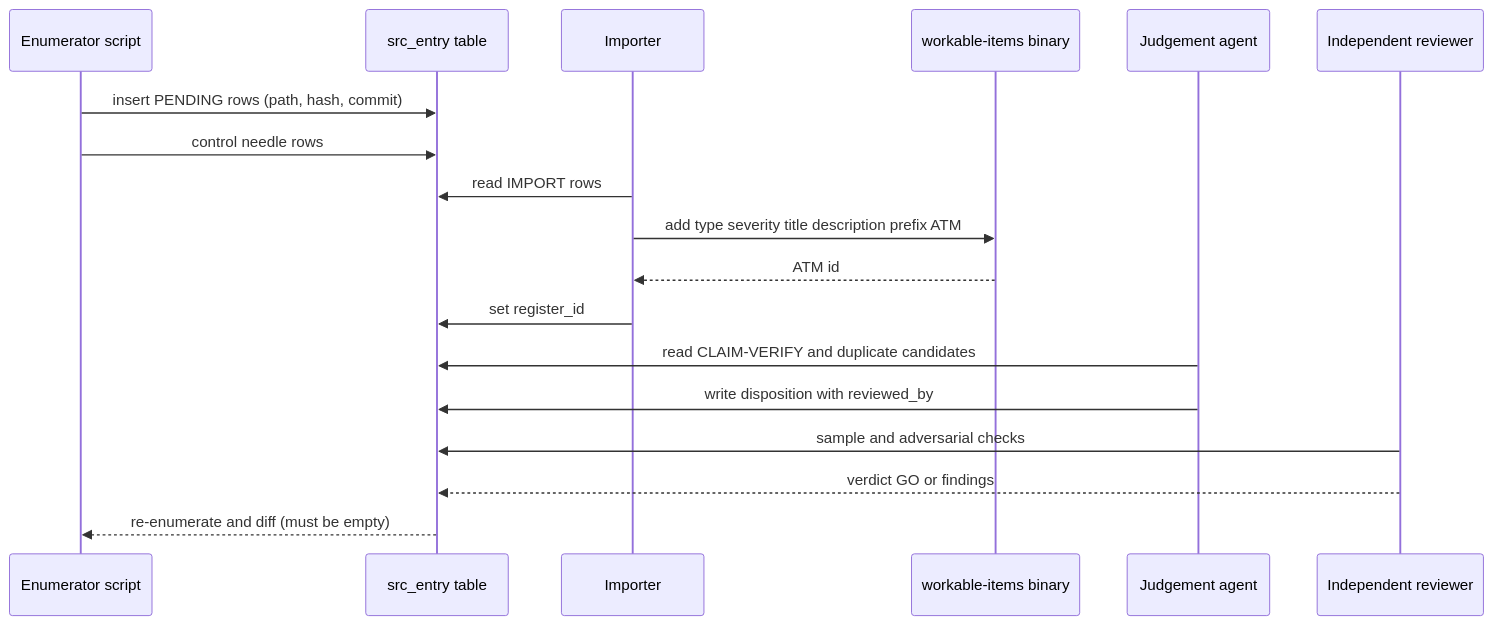
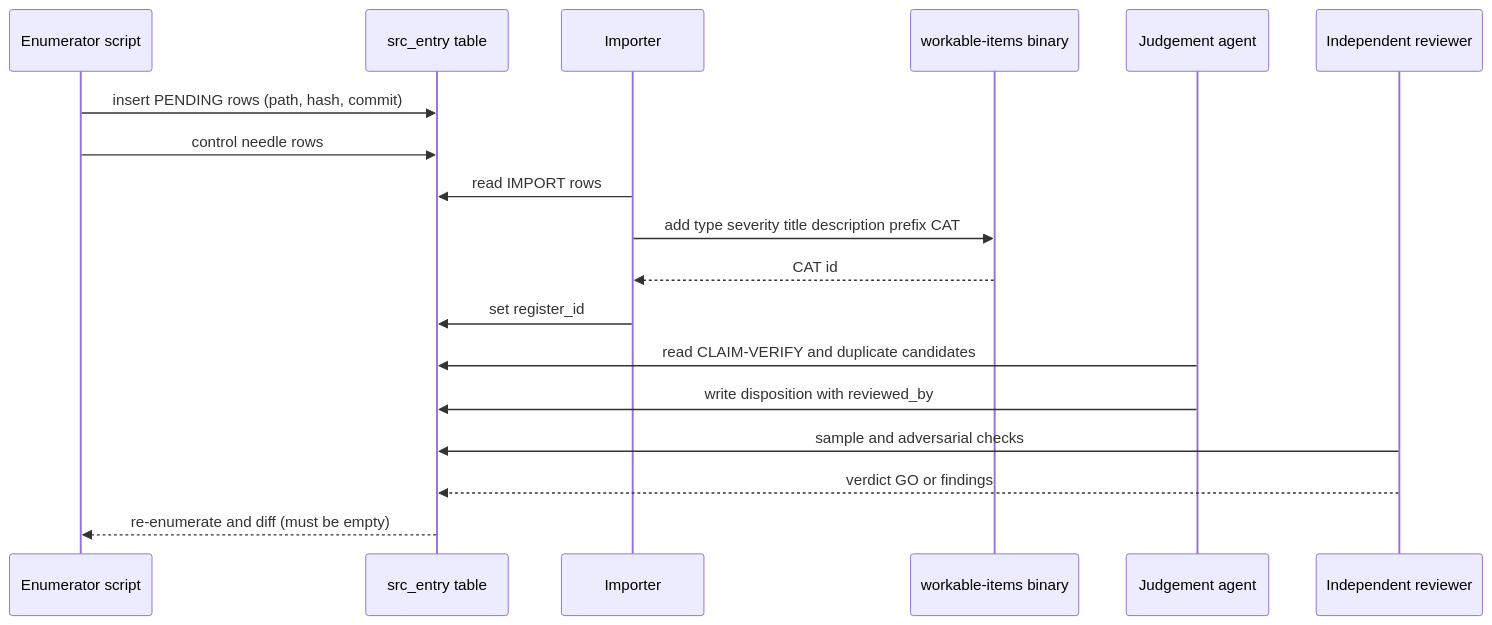
Before and after one commit to vasic-digital/catalogizer: the fifth of 5 diagrams in specs/001-full-project-audit-remediation/docs/03-existing-issue-inventory.md, drawn with Mermaid. The commit also changed other lines of this file and 1112 other files, not shown here.

````diff
--- a/specs/001-full-project-audit-remediation/docs/03-existing-issue-inventory.md
+++ b/specs/001-full-project-audit-remediation/docs/03-existing-issue-inventory.md
@@ -590,20 +590,20 @@
 ```mermaid
 sequenceDiagram
     participant E as Enumerator script
     participant P as src_entry table
     participant I as Importer
     participant W as workable-items binary
     participant J as Judgement agent
     participant R as Independent reviewer
     E->>P: insert PENDING rows (path, hash, commit)
     E->>P: control needle rows
     I->>P: read IMPORT rows
-    I->>W: add type severity title description prefix ATM
-    W-->>I: ATM id
+    I->>W: add type severity title description prefix CAT
+    W-->>I: CAT id
     I->>P: set register_id
     J->>P: read CLAIM-VERIFY and duplicate candidates
     J->>P: write disposition with reviewed_by
     R->>P: sample and adversarial checks
     R-->>P: verdict GO or findings
     P-->>E: re-enumerate and diff (must be empty)
 ```
````
